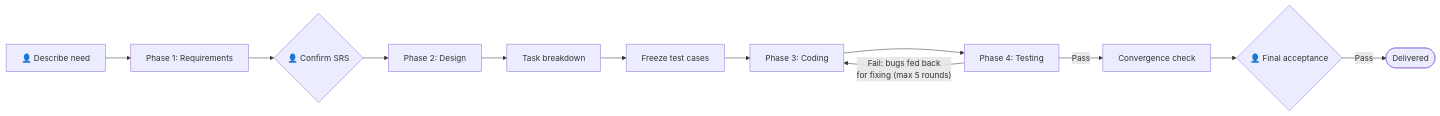
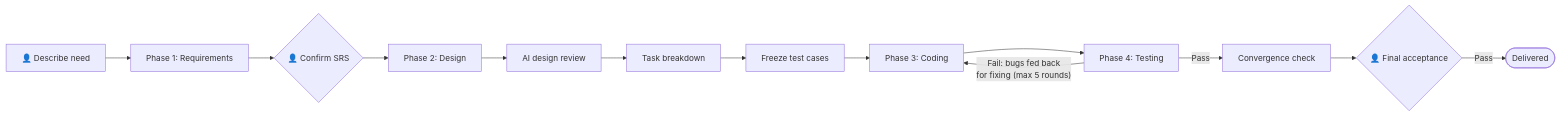
One commit to ChiangyangNPU/spec-pilot changed the diagram in README_EN.md. Above: the diagram before and after it, drawn with Mermaid. The commit also changed 3 other files, not shown here.

First line of the commit message:
三处流程总览图补设计评审节点

````diff
--- a/README_EN.md
+++ b/README_EN.md
@@ -7,14 +7,15 @@
 ```mermaid
 flowchart LR
     A["👤 Describe need"] --> B["Phase 1: Requirements"]
     B --> H1{"👤 Confirm SRS"}
     H1 --> C["Phase 2: Design"]
-    C --> D["Task breakdown"]
+    C --> R["AI design review"]
+    R --> D["Task breakdown"]
     D --> E["Freeze test cases"]
     E --> F["Phase 3: Coding"]
     F --> G["Phase 4: Testing"]
     G -- "Fail: bugs fed back<br/>for fixing (max 5 rounds)" --> F
     G -- Pass --> H["Convergence check"]
     H --> I{"👤 Final acceptance"}
     I -- Pass --> J(["Delivered"])
 ```
````
